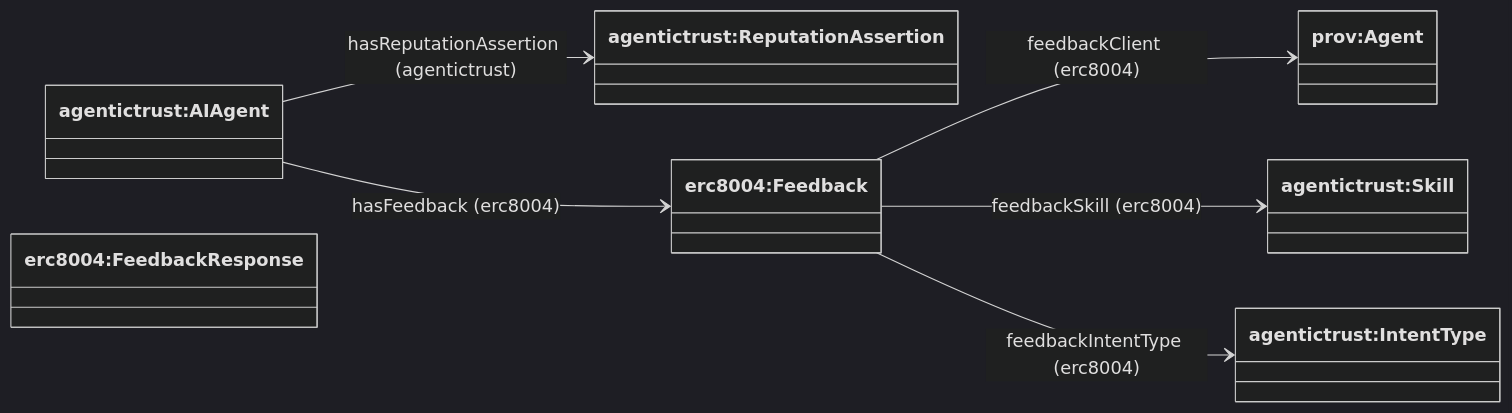
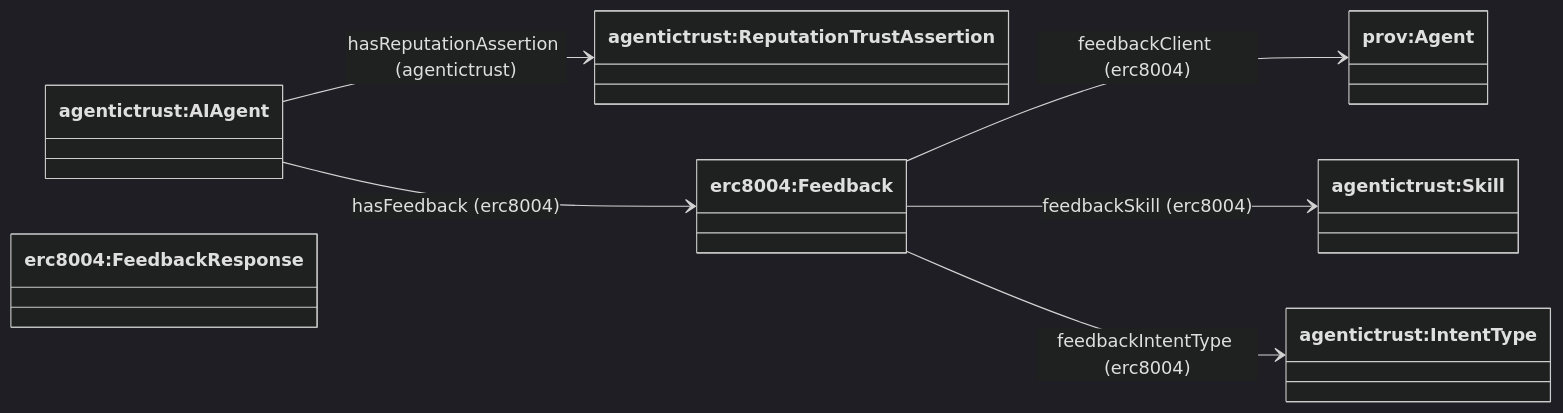
Before and after one commit to Agentic-Trust-Layer/agent-explorer: the second of 2 diagrams in docs/ontology/reputationassertion.md, drawn with Mermaid (dark theme). The commit also changed other lines of this file and 22 other files, not shown here.

````diff
--- a/docs/ontology/reputationassertion.md
+++ b/docs/ontology/reputationassertion.md
@@ -32,19 +32,19 @@
 ```mermaid
 classDiagram
 direction LR
 
 class AIAgent["agentictrust:AIAgent"]
-class ReputationAssertion["agentictrust:ReputationAssertion"]
+class ReputationAssertion["agentictrust:ReputationTrustAssertion"]
 class Feedback["erc8004:Feedback"]
 class FeedbackResponse["erc8004:FeedbackResponse"]
 class provAgent["prov:Agent"]
 class Skill["agentictrust:Skill"]
 class IntentType["agentictrust:IntentType"]
 
 AIAgent --> ReputationAssertion : hasReputationAssertion (agentictrust)
 AIAgent --> Feedback : hasFeedback (erc8004)
 
 Feedback --> provAgent : feedbackClient (erc8004)
 Feedback --> Skill : feedbackSkill (erc8004)
 Feedback --> IntentType : feedbackIntentType (erc8004)
 ```
````
